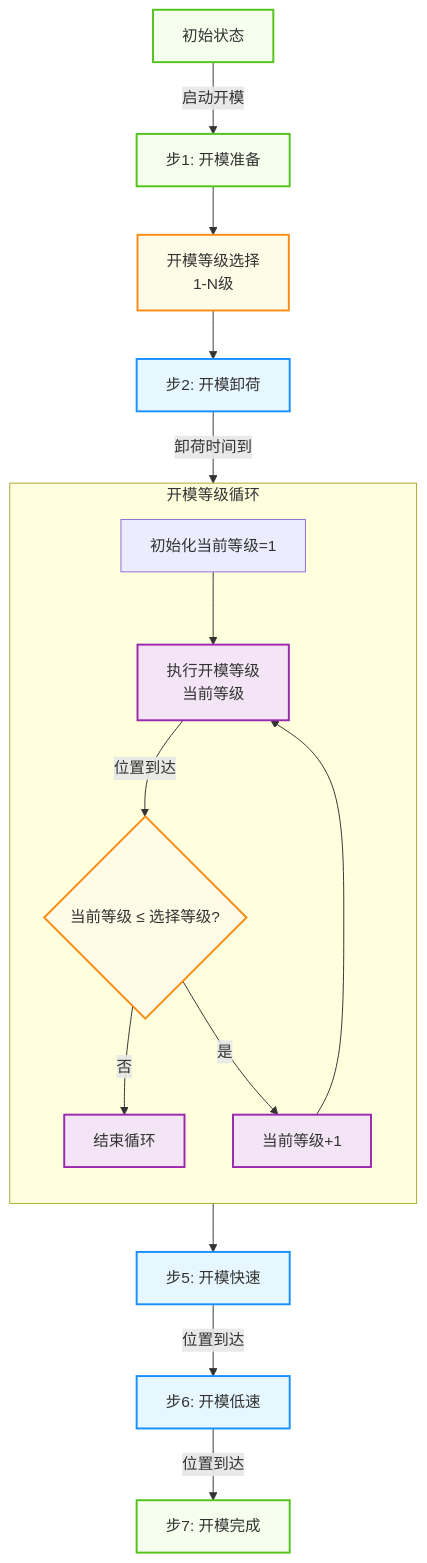
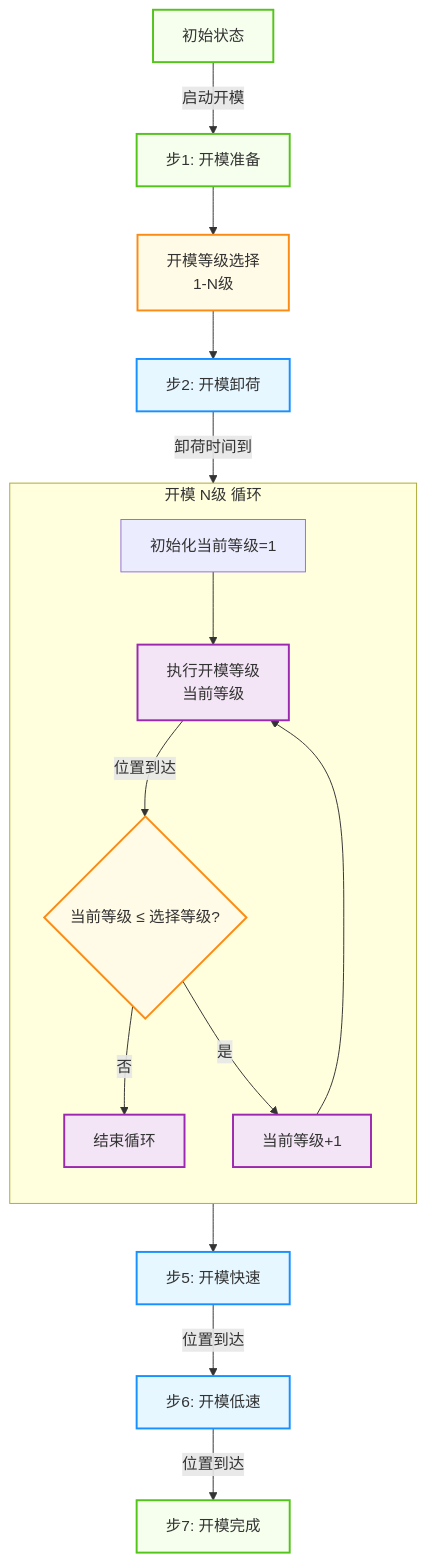
One commit to wuhanheibao01/vertical-injection-machine-docs changed the fifth of 8 diagrams in docs/01_开合模功能整理.md. Above: the diagram before and after it, drawn with Mermaid. The commit also changed other lines of this file, not shown here.

````diff
--- a/docs/01_开合模功能整理.md
+++ b/docs/01_开合模功能整理.md
@@ -230,32 +230,32 @@
 ```mermaid
 flowchart TD
     Start[初始状态] -->|启动开模| Step1[步1: 开模准备]
     Step1 --> Select[开模等级选择
 1-N级]
     Select --> Step2[步2: 开模卸荷]
     Step2 -->|卸荷时间到| Init[初始化当前等级=1]
   
-    subgraph 开模等级循环
+    subgraph 开模 N级 循环
         direction TB
         Init --> Execute[执行开模等级
 当前等级]
         Execute -->|位置到达| CheckLoop{当前等级 ≤ 选择等级?}
         CheckLoop -->|否| EndLoop[结束循环]
         CheckLoop -->|是| Increment[当前等级+1]
         Increment --> Execute
     end
   
     EndLoop --> Step5[步5: 开模快速]
     Step5 -->|位置到达| Step6[步6: 开模低速]
     Step6 -->|位置到达| Step7[步7: 开模完成]
   
     classDef step fill:#e6f7ff,stroke:#1890ff,stroke-width:2px,rounded
     classDef complete fill:#f6ffed,stroke:#52c41a,stroke-width:2px,rounded
     classDef decision fill:#fffbe6,stroke:#fa8c16,stroke-width:2px,rounded
     classDef loop fill:#f3e5f5,stroke:#9c27b0,stroke-width:2px,rounded
   
     class Step2,Step5,Step6 step
     class Step1,Step7,Start complete
     class CheckLoop,Select decision
     class EndLoop,Increment,Execute loop
 ```
````
